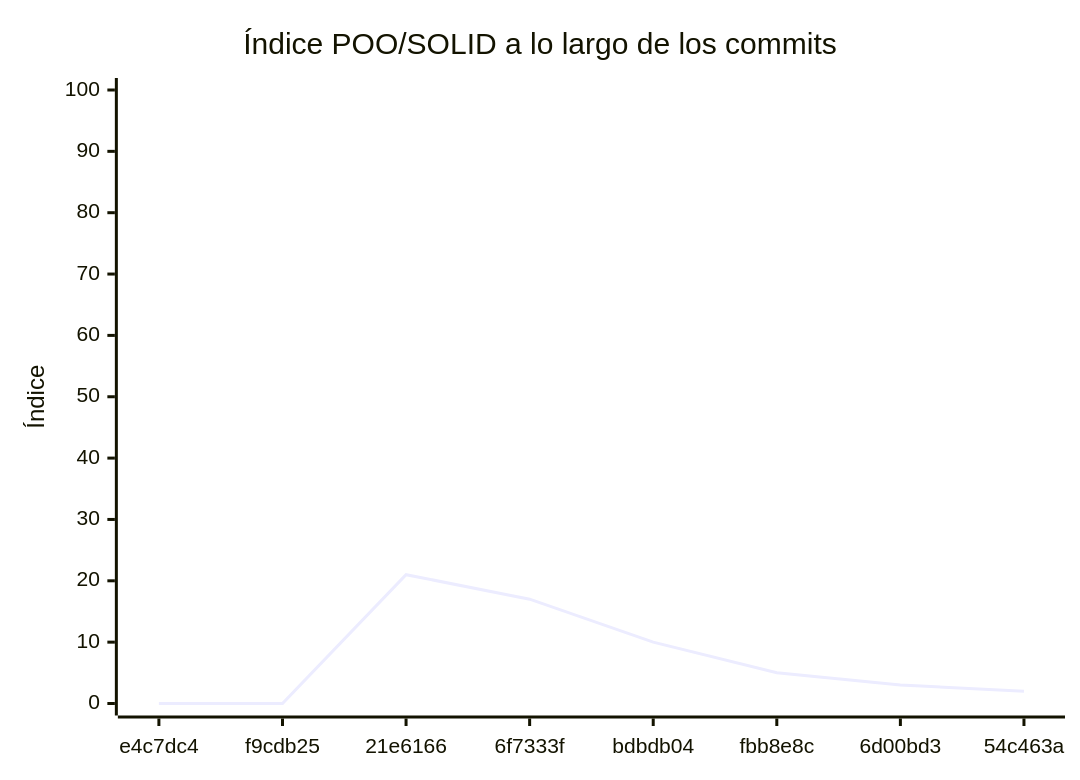
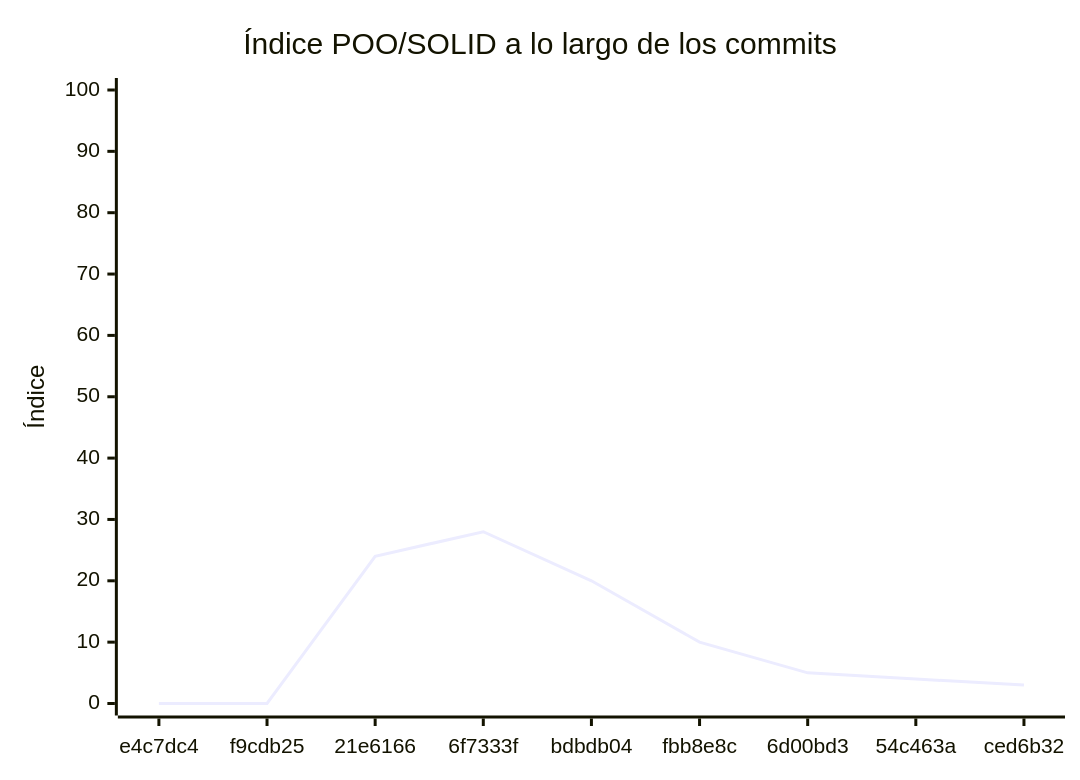
The diagram in docs/EVALUACION.md (etec-francucchiari/simulador-caida-libre-francucchiari), drawn with Mermaid before and after one commit. The commit also changed other lines of this file and 1 other file, not shown here.

````diff
--- a/docs/EVALUACION.md
+++ b/docs/EVALUACION.md
@@ -389,7 +329,7 @@
 ```mermaid
 xychart-beta
     title "Índice POO/SOLID a lo largo de los commits"
-    x-axis ["e4c7dc4", "f9cdb25", "21e6166", "6f7333f", "bdbdb04", "fbb8e8c", "6d00bd3", "54c463a"]
+    x-axis ["e4c7dc4", "f9cdb25", "21e6166", "6f7333f", "bdbdb04", "fbb8e8c", "6d00bd3", "54c463a", "ced6b32"]
     y-axis "Índice" 0 --> 100
-    line [0, 0, 21, 17, 10, 5, 3, 2]
+    line [0, 0, 24, 28, 20, 10, 5, 4, 3]
 ```
````
